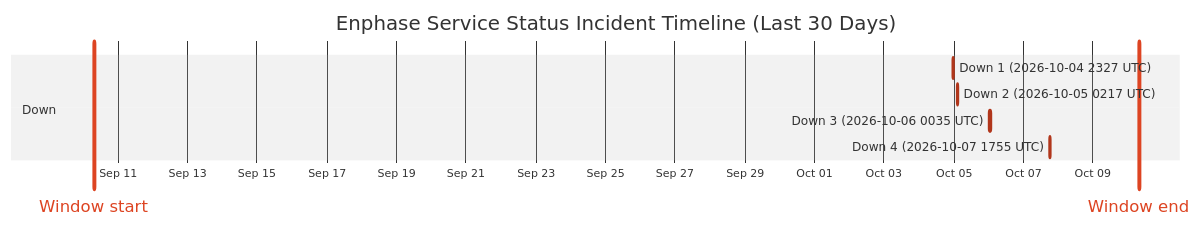
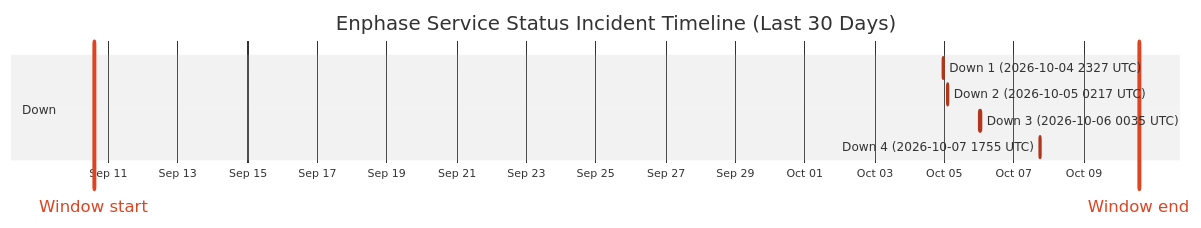
Before and after one commit to barneyonline/ha-enphase-energy: the diagram in wiki/Service-Status-History.md, drawn with Mermaid (neutral theme). The commit also changed other lines of this file and 3 other files, not shown here.

````diff
--- a/wiki/Service-Status-History.md
+++ b/wiki/Service-Status-History.md
@@ -14,13 +14,13 @@
 ```mermaid
 gantt
     title Enphase Service Status Incident Timeline (Last 30 Days)
     dateFormat  YYYY-MM-DDTHH:mm:ss
     axisFormat  %b %d
-    Window start :vert, window-start, 2026-09-10T07:31:00, 0ms
-    Window end :vert, window-end, 2026-10-10T07:31:00, 0ms
+    Window start :vert, window-start, 2026-09-10T14:13:55, 0ms
+    Window end :vert, window-end, 2026-10-10T14:13:55, 0ms
     section Down
     Down 1 (2026-10-04 2327 UTC) :crit, down-1, 2026-10-04T23:27:34, 60m
     Down 2 (2026-10-05 0217 UTC) :crit, down-2, 2026-10-05T02:17:30, 60m
     Down 3 (2026-10-06 0035 UTC) :crit, down-3, 2026-10-06T00:35:21, 60m
     Down 4 (2026-10-07 1755 UTC) :crit, down-4, 2026-10-07T17:55:16, 60m
 ```
````
